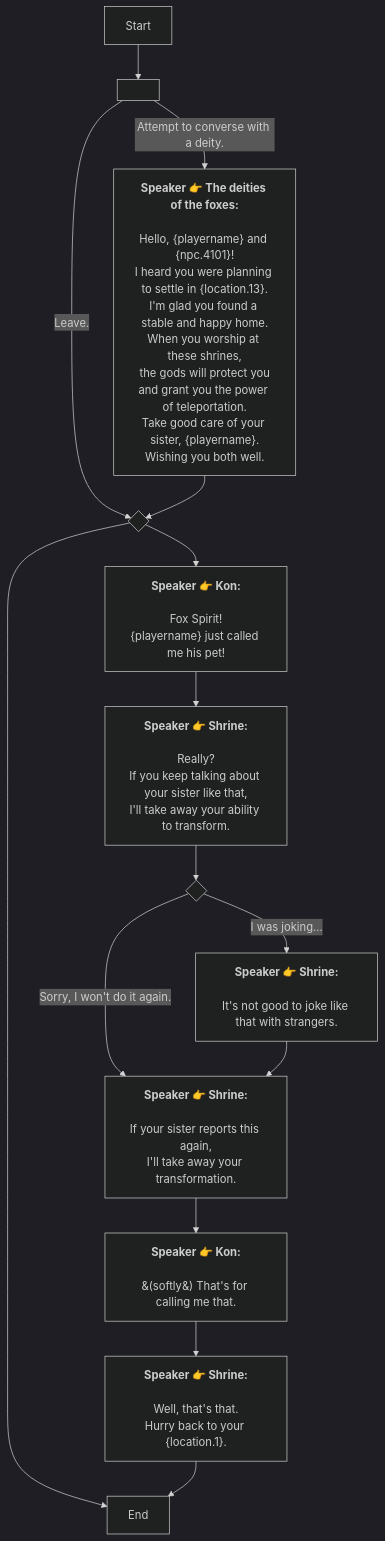
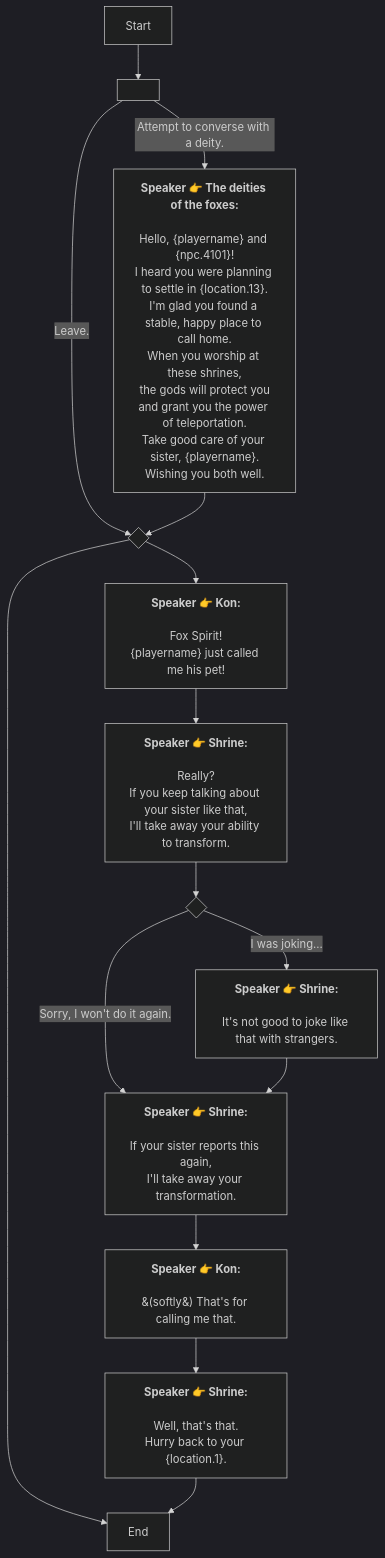
Before and after one commit to SoftHu/tos_avg: the diagram in En/QuestStartTalkENode_1738566732211423.md, drawn with Mermaid (dark theme). The commit also changed 297 other files, not shown here.

````diff
--- a/En/QuestStartTalkENode_1738566732211423.md
+++ b/En/QuestStartTalkENode_1738566732211423.md
@@ -1,47 +1,47 @@
 ```mermaid
 graph
 Start -->1738567855327459[ ]
 1738567855327459 -->|Attempt to converse with a deity.|1738567884438762[<b>Speaker 👉 The deities of the foxes:</b>
 
 Hello, &lbrace;playername&rbrace; and &lbrace;npc.4101&rbrace;!
 I heard you were planning to settle in &lbrace;location.13&rbrace;.
-I'm glad you found a stable and happy home.
+I'm glad you found a stable, happy place to call home.
 When you worship at these shrines,
 the gods will protect you
 and grant you the power of teleportation.
 Take good care of your sister, &lbrace;playername&rbrace;.
 Wishing you both well.]
 1738567855327459 -->|Leave.|1751470926328118[ ]
 1738567884438762 -->1751470926328118{ }
 1751470926328118 -->1751470966013239[<b>Speaker 👉 Kon:</b>
 
 Fox Spirit!
 &lbrace;playername&rbrace; just called me his pet!]
 1751470926328118 -->1738567876941033[End]
 1751470966013239 -->1751471393183033[<b>Speaker 👉 Shrine:</b>
 
 Really?
 If you keep talking about your sister like that,
 I'll take away your ability to transform.]
 1751471393183033 -->1751471339447608{ }
 1751471339447608 -->|I was joking...|1751471477905726[<b>Speaker 👉 Shrine:</b>
 
 It's not good to joke like that with strangers.]
 1751471339447608 -->|Sorry, I won't do it again.|1751471591685440[<b>Speaker 👉 Shrine:</b>
 
 If your sister reports this again,
 I'll take away your transformation.]
 1751471477905726 -->1751471591685440[<b>Speaker 👉 Shrine:</b>
 
 If your sister reports this again,
 I'll take away your transformation.]
 1751471591685440 -->1751471518734655[<b>Speaker 👉 Kon:</b>
 
 &#40;softly&#41; That's for calling me that.]
 1751471518734655 -->1751471654534465[<b>Speaker 👉 Shrine:</b>
 
 Well, that's that.
 Hurry back to your &lbrace;location.1&rbrace;.]
 1751471654534465 -->1738567876941033[End]
 
  ```
````
